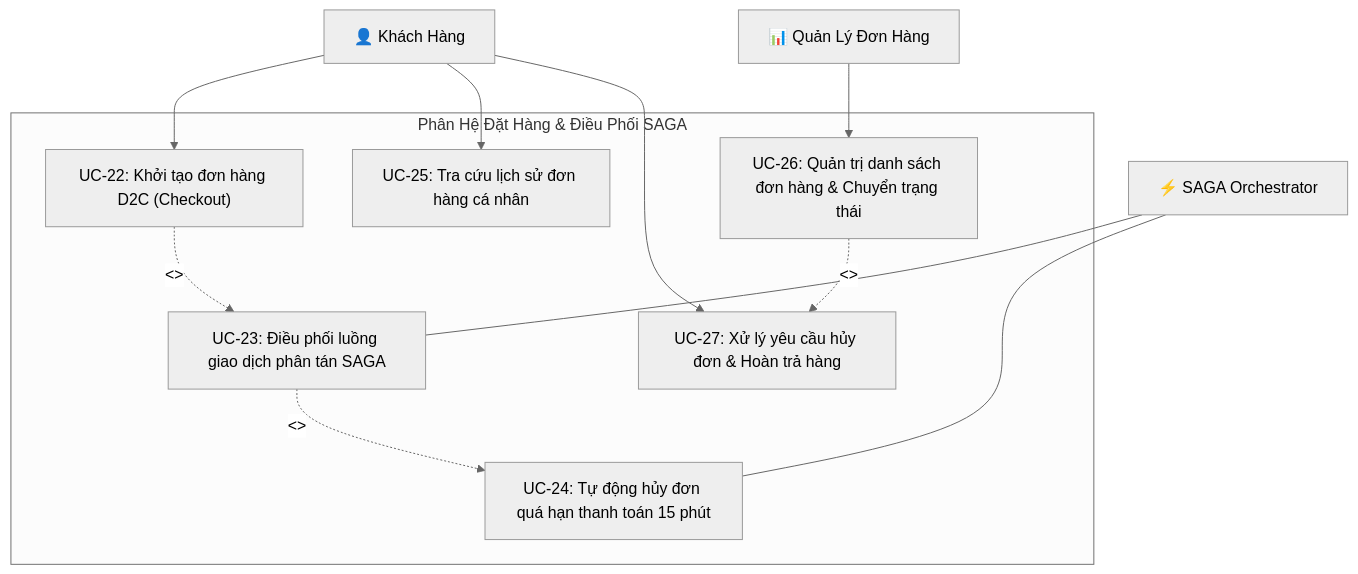
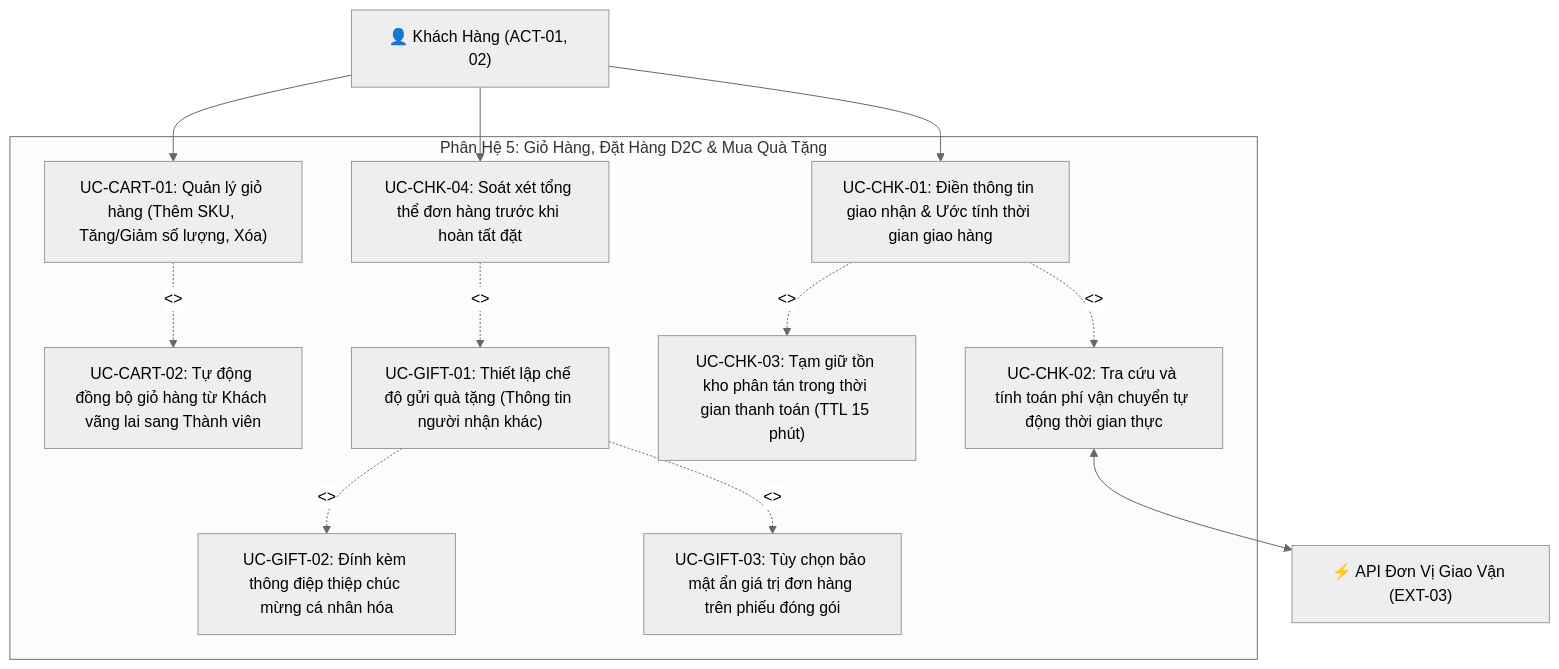
The seventh of 16 diagrams in docs/01_requirements/use_case_specification.md (hvduong2k5/DUT.PBL6), drawn with Mermaid (neutral theme) before and after one commit. The commit also changed other lines of this file, not shown here.

````diff
--- a/docs/01_requirements/use_case_specification.md
+++ b/docs/01_requirements/use_case_specification.md
@@ -321,28 +531,30 @@
 ```mermaid
 graph TB
-    Customer["👤 Khách Hàng"]
-    Manager["📊 Quản Lý Đơn Hàng"]
-    SAGA_Engine["⚡ SAGA Orchestrator"]
+    Customer["👤 Khách Hàng (ACT-01, 02)"]
+    Ext_Logistics["⚡ API Đơn Vị Giao Vận (EXT-03)"]
 
-    subgraph Order_Subsystem ["Phân Hệ Đặt Hàng & Điều Phối SAGA"]
-        UC22["UC-22: Khởi tạo đơn hàng D2C (Checkout)"]
-        UC23["UC-23: Điều phối luồng giao dịch phân tán SAGA"]
-        UC24["UC-24: Tự động hủy đơn quá hạn thanh toán 15 phút"]
-        UC25["UC-25: Tra cứu lịch sử đơn hàng cá nhân"]
-        UC26["UC-26: Quản trị danh sách đơn hàng & Chuyển trạng thái"]
-        UC27["UC-27: Xử lý yêu cầu hủy đơn & Hoàn trả hàng"]
+    subgraph Subsystem_Cart_Order ["Phân Hệ 5: Giỏ Hàng, Đặt Hàng D2C & Mua Quà Tặng"]
+        UC_CART_01["UC-CART-01: Quản lý giỏ hàng (Thêm SKU, Tăng/Giảm số lượng, Xóa)"]
+        UC_CART_02["UC-CART-02: Tự động đồng bộ giỏ hàng từ Khách vãng lai sang Thành viên"]
+        UC_CHK_01["UC-CHK-01: Điền thông tin giao nhận & Ước tính thời gian giao hàng"]
+        UC_CHK_02["UC-CHK-02: Tra cứu và tính toán phí vận chuyển tự động thời gian thực"]
+        UC_CHK_03["UC-CHK-03: Tạm giữ tồn kho phân tán trong thời gian thanh toán (TTL 15 phút)"]
+        UC_CHK_04["UC-CHK-04: Soát xét tổng thể đơn hàng trước khi hoàn tất đặt"]
+        UC_GIFT_01["UC-GIFT-01: Thiết lập chế độ gửi quà tặng (Thông tin người nhận khác)"]
+        UC_GIFT_02["UC-GIFT-02: Đính kèm thông điệp thiệp chúc mừng cá nhân hóa"]
+        UC_GIFT_03["UC-GIFT-03: Tùy chọn bảo mật ẩn giá trị đơn hàng trên phiếu đóng gói"]
 
-        UC22 -. "<<include>>" .-> UC23
-        UC23 -. "<<extend>>" .-> UC24
-        UC26 -. "<<extend>>" .-> UC27
+        UC_CART_01 -. "<<include>>" .-> UC_CART_02
+        UC_CHK_01 -. "<<include>>" .-> UC_CHK_02
+        UC_CHK_01 -. "<<include>>" .-> UC_CHK_03
+        UC_CHK_04 -. "<<extend>>" .-> UC_GIFT_01
+        UC_GIFT_01 -. "<<include>>" .-> UC_GIFT_02
+        UC_GIFT_01 -. "<<include>>" .-> UC_GIFT_03
     end
 
-    Customer --> UC22
-    Customer --> UC25
-    Customer --> UC27
+    Customer --> UC_CART_01
+    Customer --> UC_CHK_01
+    Customer --> UC_CHK_04
 
-    Manager --> UC26
-
-    SAGA_Engine --- UC23
-    SAGA_Engine --- UC24
+    UC_CHK_02 <--> Ext_Logistics
 ```
````
